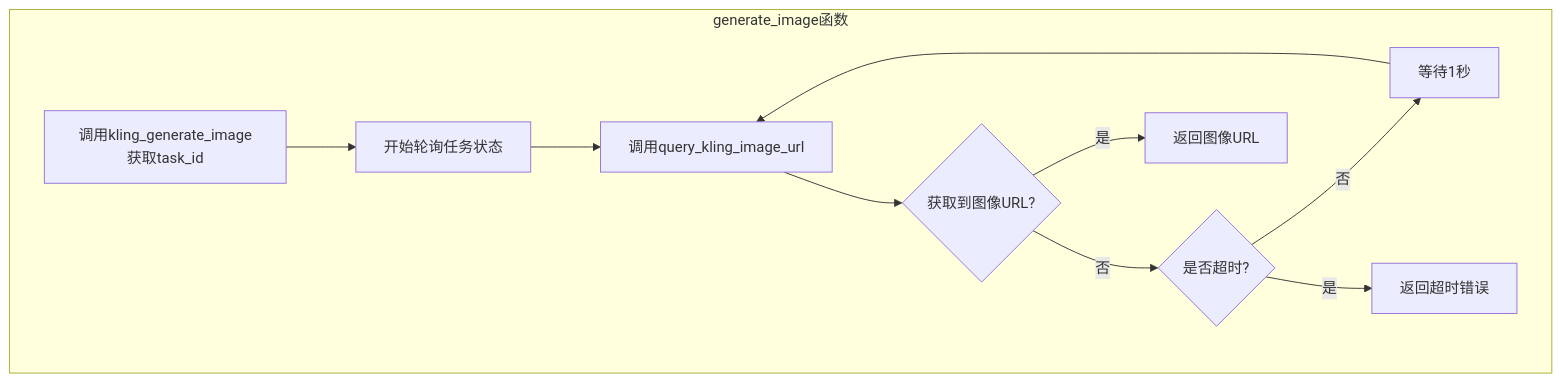
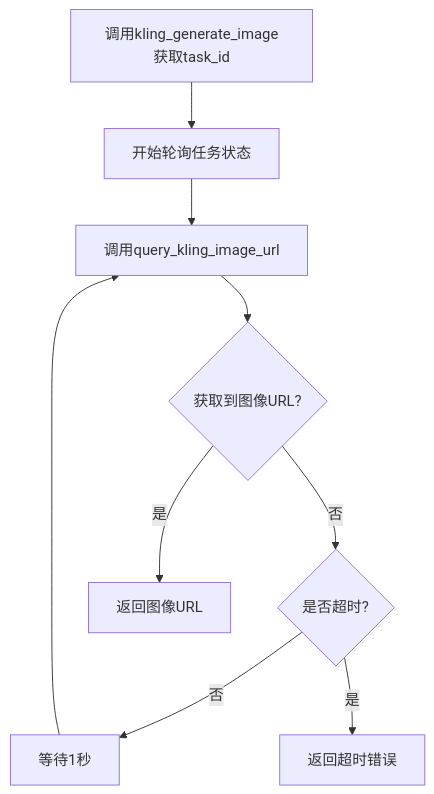
One commit to timerring/dmx-docs-test changed the diagram in docs/zh/models/kling-image/kling-text-to-image.md. Above: the diagram before and after it, drawn with Mermaid. The commit also changed other lines of this file and 8 other files, not shown here.

Commit message:
add mermaid

````diff
--- a/docs/zh/models/kling-image/kling-text-to-image.md
+++ b/docs/zh/models/kling-image/kling-text-to-image.md
@@ -148,13 +148,11 @@
 ```mermaid
 flowchart TD
-subgraph generate_image函数
 J[调用kling_generate_image获取task_id] --> K[开始轮询任务状态]
 K --> L[调用query_kling_image_url]
 L --> M{获取到图像URL?}
 M -->|否| N{是否超时?}
 N -->|否| O[等待1秒]
 O --> L
 N -->|是| P[返回超时错误]
 M -->|是| Q[返回图像URL]
-end
 ```
````
